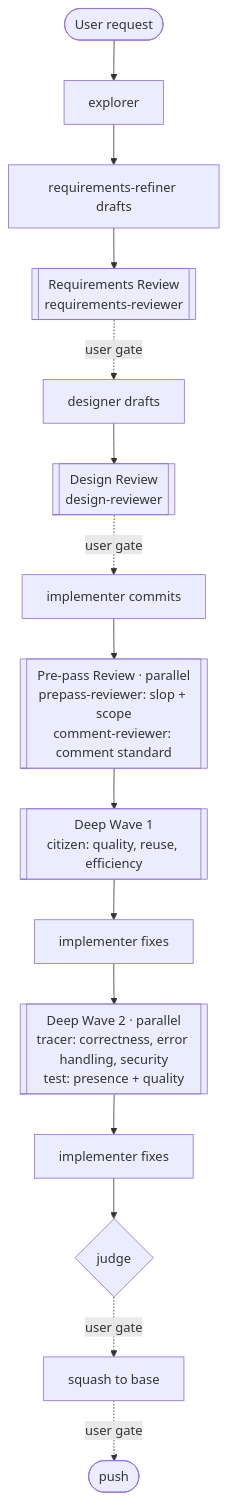
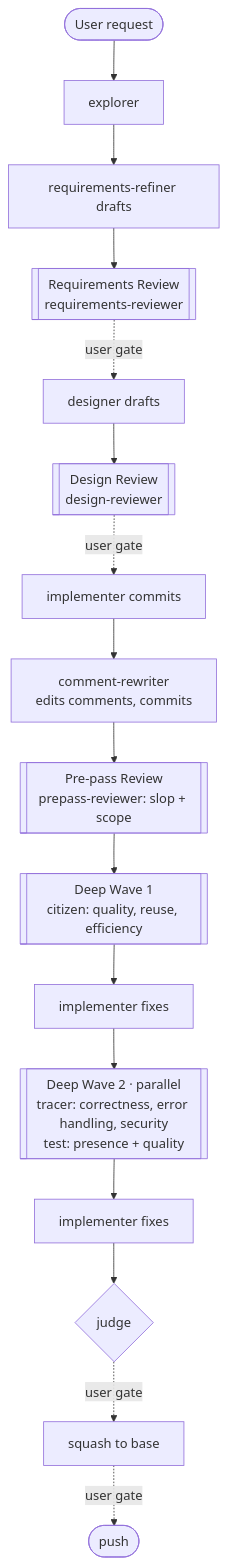
Before and after one commit to rnortman/claude-plugins: the first of 3 diagrams in README.md, drawn with Mermaid. The commit also changed other lines of this file and 8 other files, not shown here.

First line of the commit message:
Bump review-chain to 0.24.0: comment-reviewer becomes comment-rewriter

````diff
--- a/README.md
+++ b/README.md
@@ -24,17 +24,18 @@
 ```mermaid
 flowchart TD
     user([User request]) --> ex[explorer]
     ex --> rr[requirements-refiner drafts]
     rr --> rrev[[Requirements Review<br/>requirements-reviewer]]
     rrev -. user gate .-> d[designer drafts]
     d --> dr[[Design Review<br/>design-reviewer]]
     dr -. user gate .-> impl[implementer commits]
-    impl --> pp[[Pre-pass Review · parallel<br/>prepass-reviewer: slop + scope<br/>comment-reviewer: comment standard]]
+    impl --> cw[comment-rewriter<br/>edits comments, commits]
+    cw --> pp[[Pre-pass Review<br/>prepass-reviewer: slop + scope]]
     pp --> w1[[Deep Wave 1<br/>citizen: quality, reuse, efficiency]]
     w1 --> fix1[implementer fixes]
     fix1 --> w2[[Deep Wave 2 · parallel<br/>tracer: correctness, error handling, security<br/>test: presence + quality]]
     w2 --> fix2[implementer fixes]
     fix2 --> dj{judge}
     dj -. user gate .-> sq[squash to base]
     sq -. user gate .-> push([push])
 ```
````
